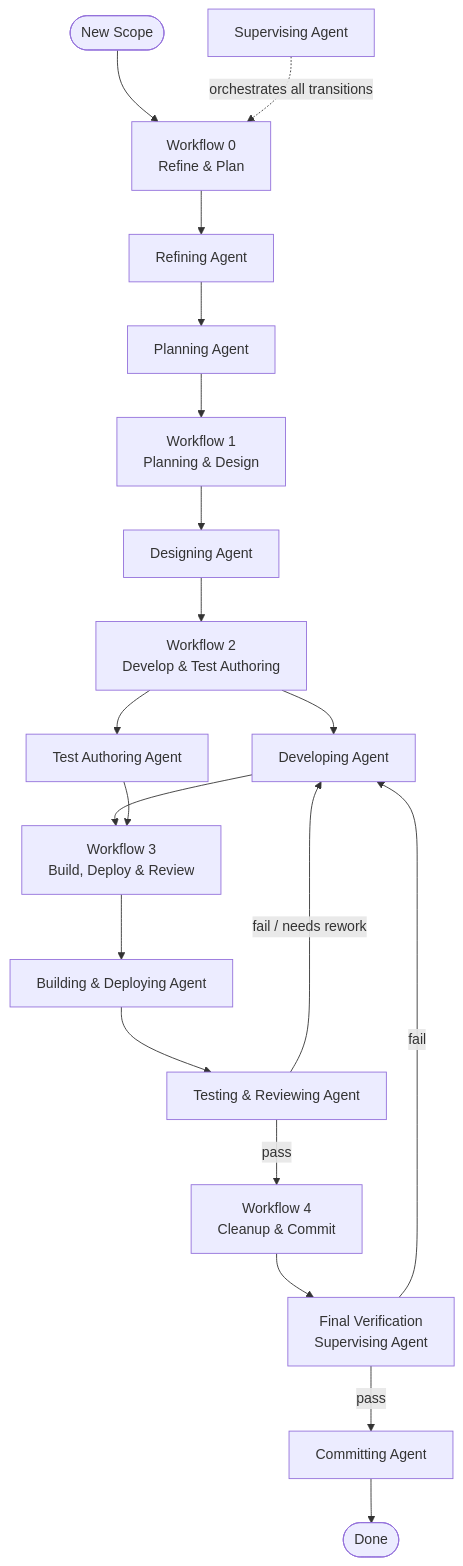
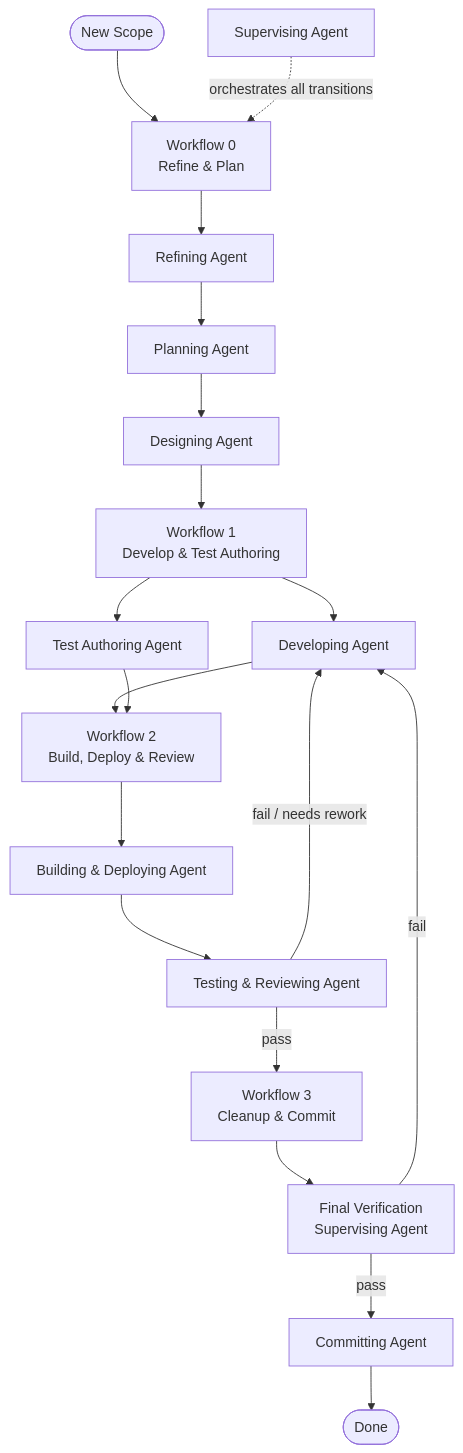
One commit to hjhun/dormammu changed the fourth of 6 diagrams in docs/GUIDE.md. Above: the diagram before and after it, drawn with Mermaid. The commit also changed other lines of this file and 49 other files, not shown here.

````diff
--- a/docs/GUIDE.md
+++ b/docs/GUIDE.md
@@ -709,27 +709,26 @@
 ```mermaid
 flowchart TD
     Start([New Scope]) --> wf0["Workflow 0<br/>Refine & Plan"]
     wf0 --> refine[Refining Agent]
     refine --> plan[Planning Agent]
 
-    plan --> wf1["Workflow 1<br/>Planning & Design"]
-    wf1 --> design[Designing Agent]
+    plan --> design[Designing Agent]
 
-    design --> wf2["Workflow 2<br/>Develop & Test Authoring"]
-    wf2 --> develop[Developing Agent]
-    wf2 --> testauth[Test Authoring Agent]
+    design --> wf1["Workflow 1<br/>Develop & Test Authoring"]
+    wf1 --> develop[Developing Agent]
+    wf1 --> testauth[Test Authoring Agent]
 
-    develop --> wf3["Workflow 3<br/>Build, Deploy & Review"]
-    testauth --> wf3
-    wf3 --> build[Building & Deploying Agent]
+    develop --> wf2["Workflow 2<br/>Build, Deploy & Review"]
+    testauth --> wf2
+    wf2 --> build[Building & Deploying Agent]
     build --> review[Testing & Reviewing Agent]
     review -- "fail / needs rework" --> develop
 
-    review -- pass --> wf4["Workflow 4<br/>Cleanup & Commit"]
-    wf4 --> finalverify["Final Verification<br/>Supervising Agent"]
+    review -- pass --> wf3["Workflow 3<br/>Cleanup & Commit"]
+    wf3 --> finalverify["Final Verification<br/>Supervising Agent"]
     finalverify -- fail --> develop
     finalverify -- pass --> commit[Committing Agent]
     commit --> Done([Done])
 
     supervisor[Supervising Agent] -. orchestrates all transitions .-> wf0
 ```
````
